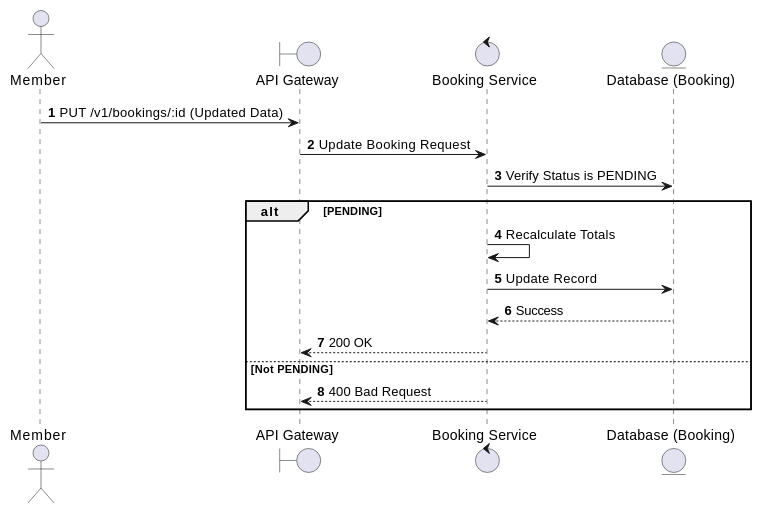
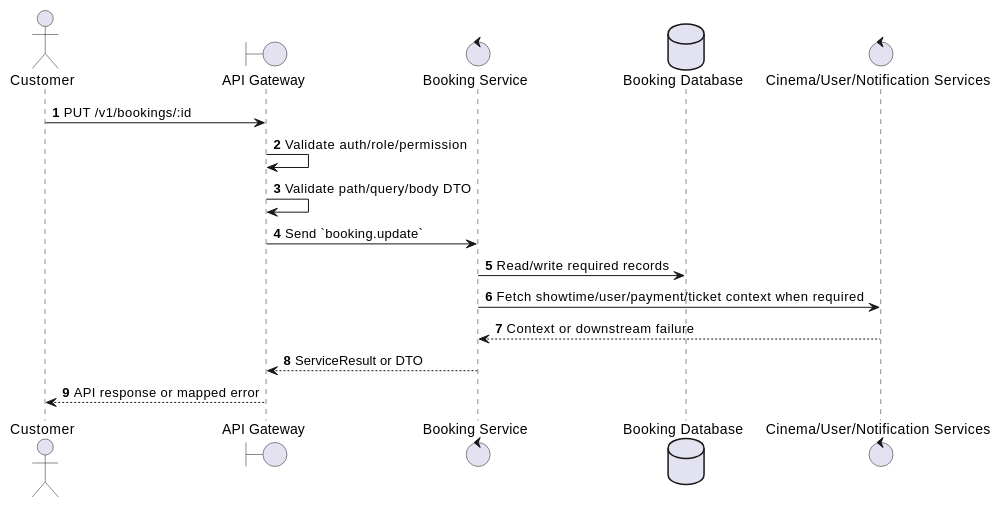
One commit to Tanh1603/movie-hub-architecture changed the first of 2 diagrams in docs/functional_specs/3.5.1_User_Booking_Operations/BK-06_Update_Booking.md. Above: the diagram before and after it, drawn with PlantUML. The commit also changed other lines of this file and 126 other files, not shown here.

````diff
--- a/docs/functional_specs/3.5.1_User_Booking_Operations/BK-06_Update_Booking.md
+++ b/docs/functional_specs/3.5.1_User_Booking_Operations/BK-06_Update_Booking.md
@@ -17,21 +17,20 @@
 ```plantuml
 @startuml
 autonumber
-actor Member
+actor "Customer" as Actor
 boundary "API Gateway" as GW
-control "Booking Service" as BS
-entity "Database (Booking)" as DB
+control "Booking Service" as SVC
+database "Booking Database" as DB
+control "Cinema/User/Notification Services" as EXT
 
-Member -> GW: PUT /v1/bookings/:id (Updated Data)
-GW -> BS: Update Booking Request
-BS -> DB: Verify Status is PENDING
-alt PENDING
-    BS -> BS: Recalculate Totals
-    BS -> DB: Update Record
-    DB --> BS: Success
-    BS --> GW: 200 OK
-else Not PENDING
-    BS --> GW: 400 Bad Request
-end
+Actor -> GW: PUT /v1/bookings/:id
+GW -> GW: Validate auth/role/permission
+GW -> GW: Validate path/query/body DTO
+GW -> SVC: Send `booking.update`
+SVC -> DB: Read/write required records
+SVC -> EXT: Fetch showtime/user/payment/ticket context when required
+EXT --> SVC: Context or downstream failure
+SVC --> GW: ServiceResult or DTO
+GW --> Actor: API response or mapped error
 @enduml
 ```
````
